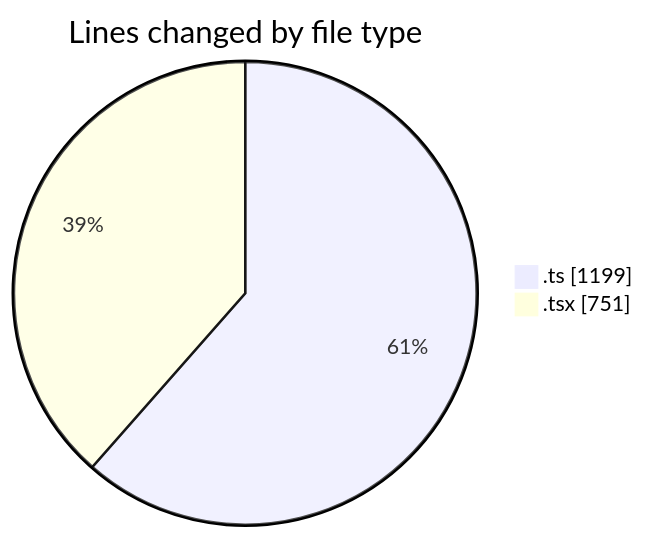
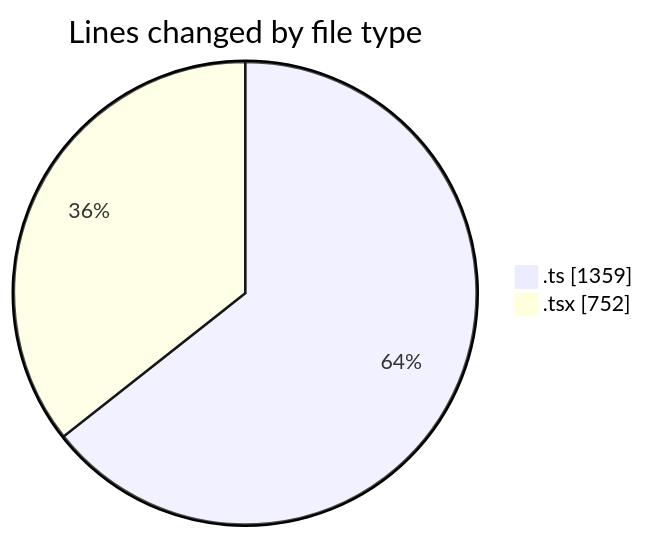
The first of 2 diagrams in 2025-10-23/eventscop-frontend-guide__workspace_/README.md (julien-gomy/code-tracking), drawn with Mermaid before and after one commit. The commit also changed other lines of this file and 1 other file, not shown here.

````diff
--- a/2025-10-23/eventscop-frontend-guide__workspace_/README.md
+++ b/2025-10-23/eventscop-frontend-guide__workspace_/README.md
@@ -25,6 +26,6 @@
 ```mermaid
 pie showData
 title Lines changed by file type
-".ts" : 1199
-".tsx" : 751
+".ts" : 1359
+".tsx" : 752
 ```
````
